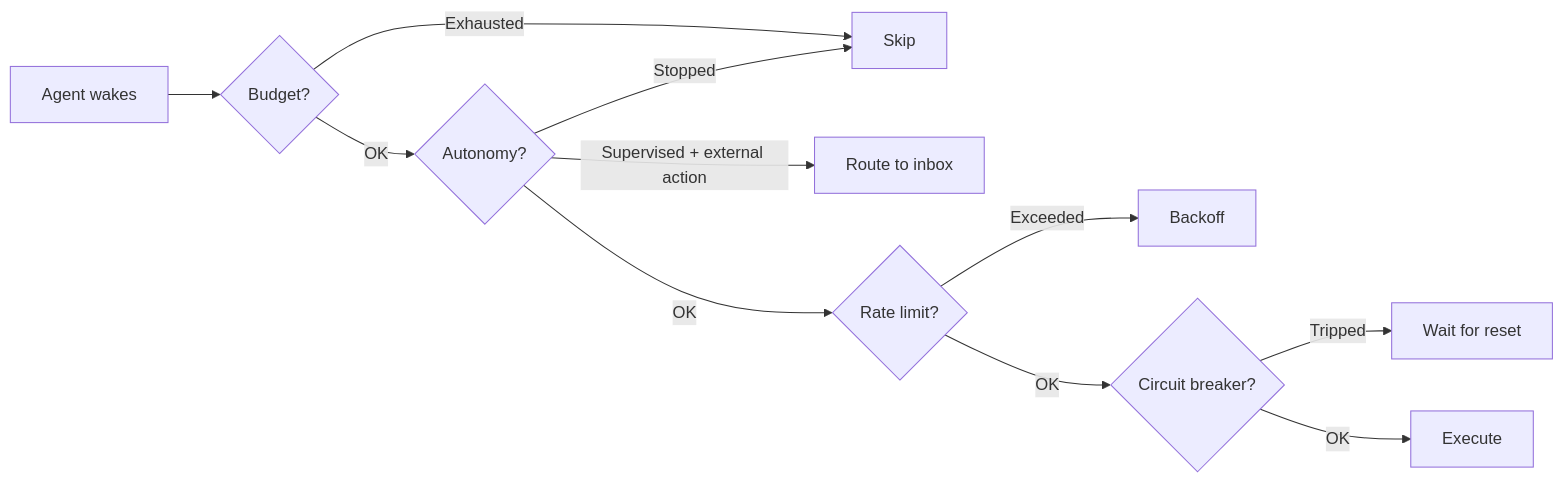
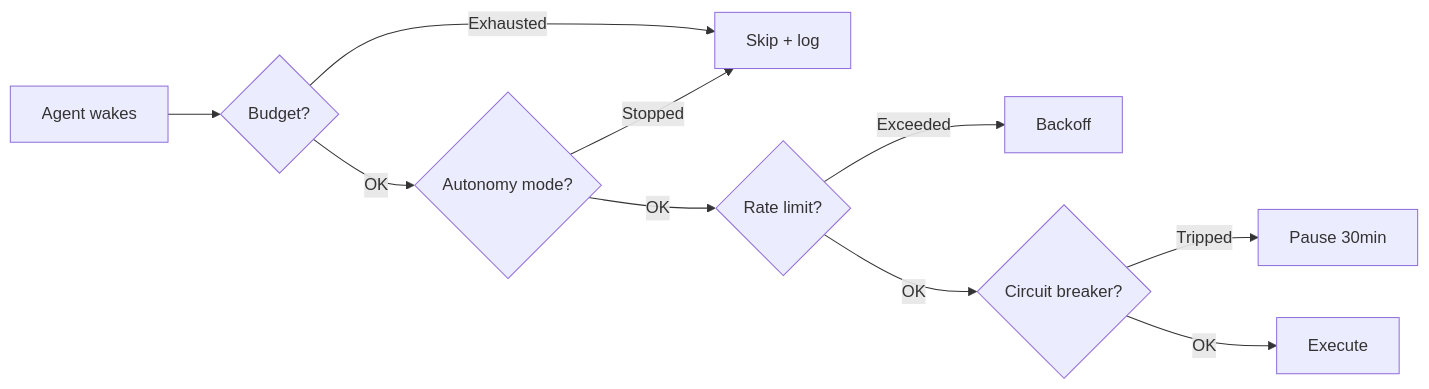
The ninth of 11 diagrams in docs/autopilot_arch_graph.md (damien-schneider/reflet), drawn with Mermaid before and after one commit. The commit also changed other lines of this file and 144 other files, not shown here.

First line of the commit message:
refactor(autopilot): remove unused modules and consolidate schema into work/activity system

````diff
--- a/docs/autopilot_arch_graph.md
+++ b/docs/autopilot_arch_graph.md
@@ -264,13 +238,12 @@
 ```mermaid
 graph LR
     WAKE["Agent wakes"] --> COST{"Budget?"}
-    COST -->|"Exhausted"| STOP["Skip"]
-    COST -->|"OK"| AUTO{"Autonomy?"}
+    COST -->|"Exhausted"| STOP["Skip + log"]
+    COST -->|"OK"| AUTO{"Autonomy mode?"}
     AUTO -->|"Stopped"| STOP
-    AUTO -->|"Supervised + external action"| INBOX["Route to inbox"]
     AUTO -->|"OK"| RATE{"Rate limit?"}
     RATE -->|"Exceeded"| BACK["Backoff"]
     RATE -->|"OK"| CIRCUIT{"Circuit breaker?"}
-    CIRCUIT -->|"Tripped"| WAIT["Wait for reset"]
+    CIRCUIT -->|"Tripped"| WAIT["Pause 30min"]
     CIRCUIT -->|"OK"| RUN["Execute"]
 ```
````
